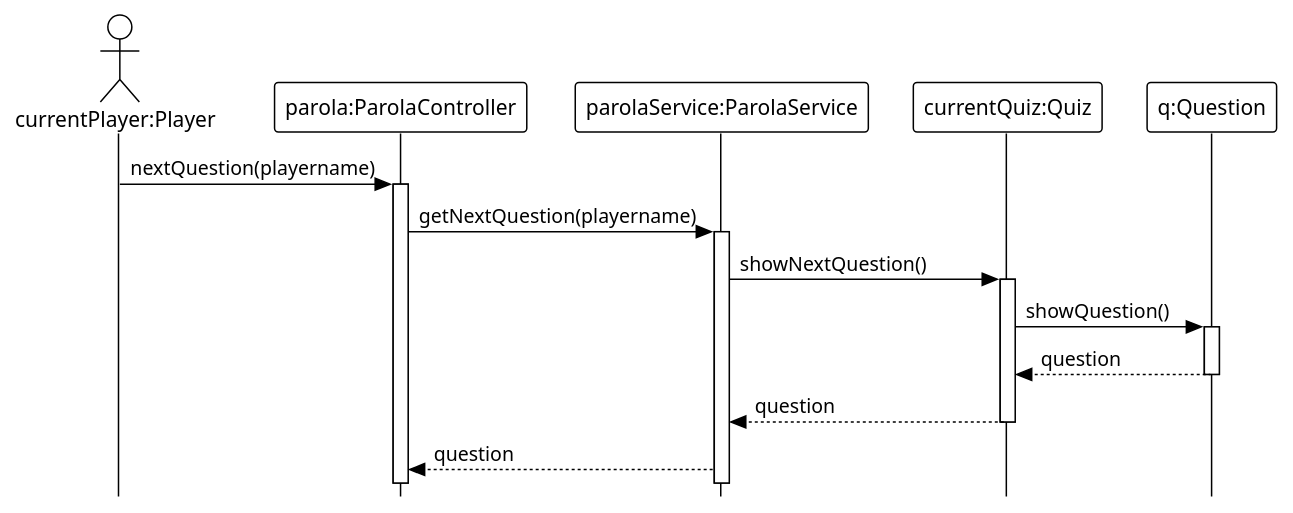
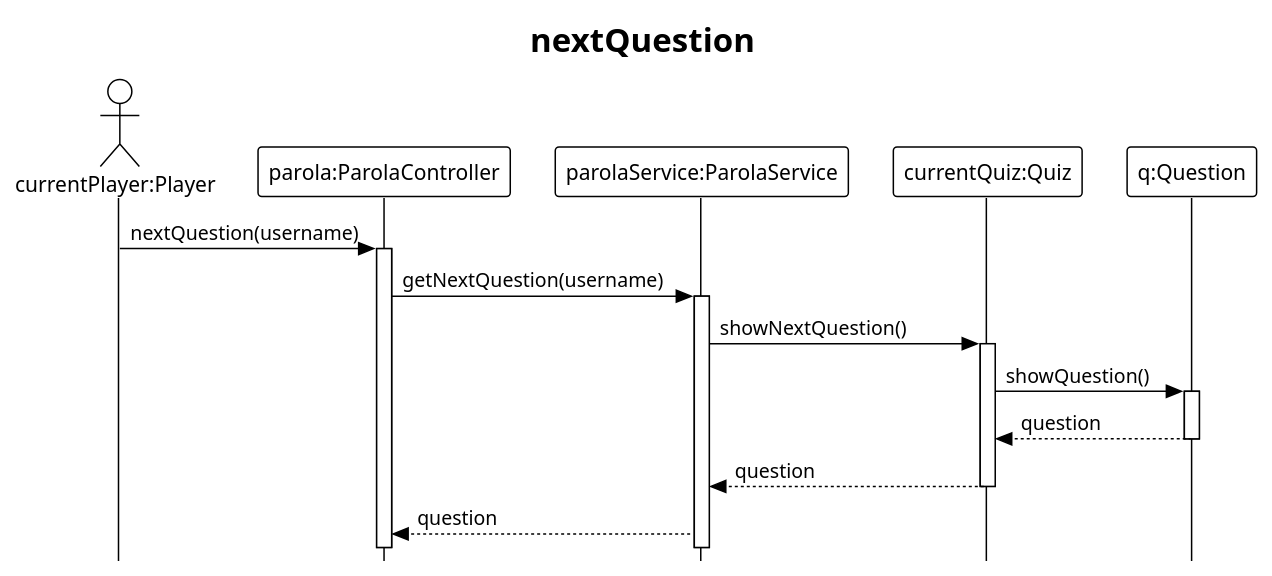
Before and after one commit to jchen2011/Parola: the diagram in diagrams/sd_nextQuestion.puml, drawn with PlantUML. The commit also changed 21 other files, not shown here.

```diff
--- a/diagrams/sd_nextQuestion.puml
+++ b/diagrams/sd_nextQuestion.puml
@@ -1,17 +1,19 @@
 @startuml
 !theme plain
 skinparam style strictuml
 
+title nextQuestion
+
 actor "currentPlayer:Player" as player
 
-player -> "parola:ParolaController" ++ : nextQuestion(playername)
+player -> "parola:ParolaController" ++ : nextQuestion(username)
 
-"parola:ParolaController" -> "parolaService:ParolaService" ++: getNextQuestion(playername)
+"parola:ParolaController" -> "parolaService:ParolaService" ++: getNextQuestion(username)
 "parolaService:ParolaService" -> "currentQuiz:Quiz" ++: showNextQuestion()
 "currentQuiz:Quiz" -> "q:Question" ++ : showQuestion()
 return question
 return question
 "parolaService:ParolaService" --> "parola:ParolaController" : question
 
 
 @enduml
```
